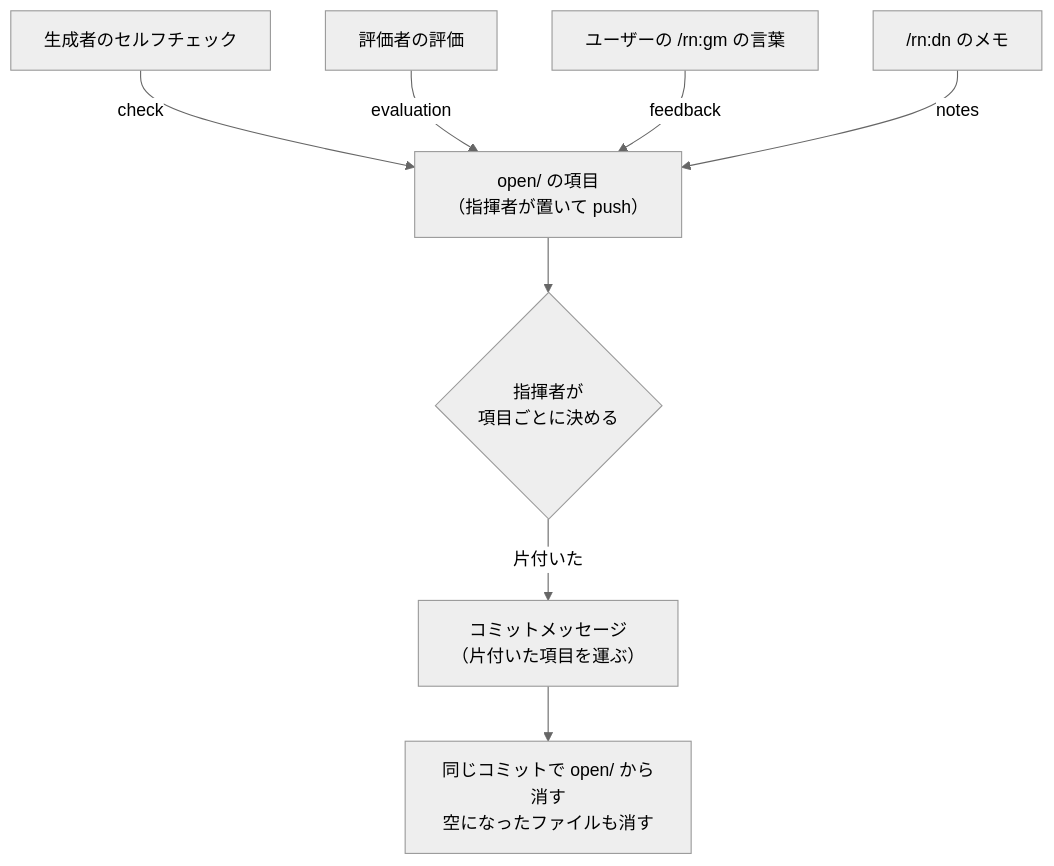
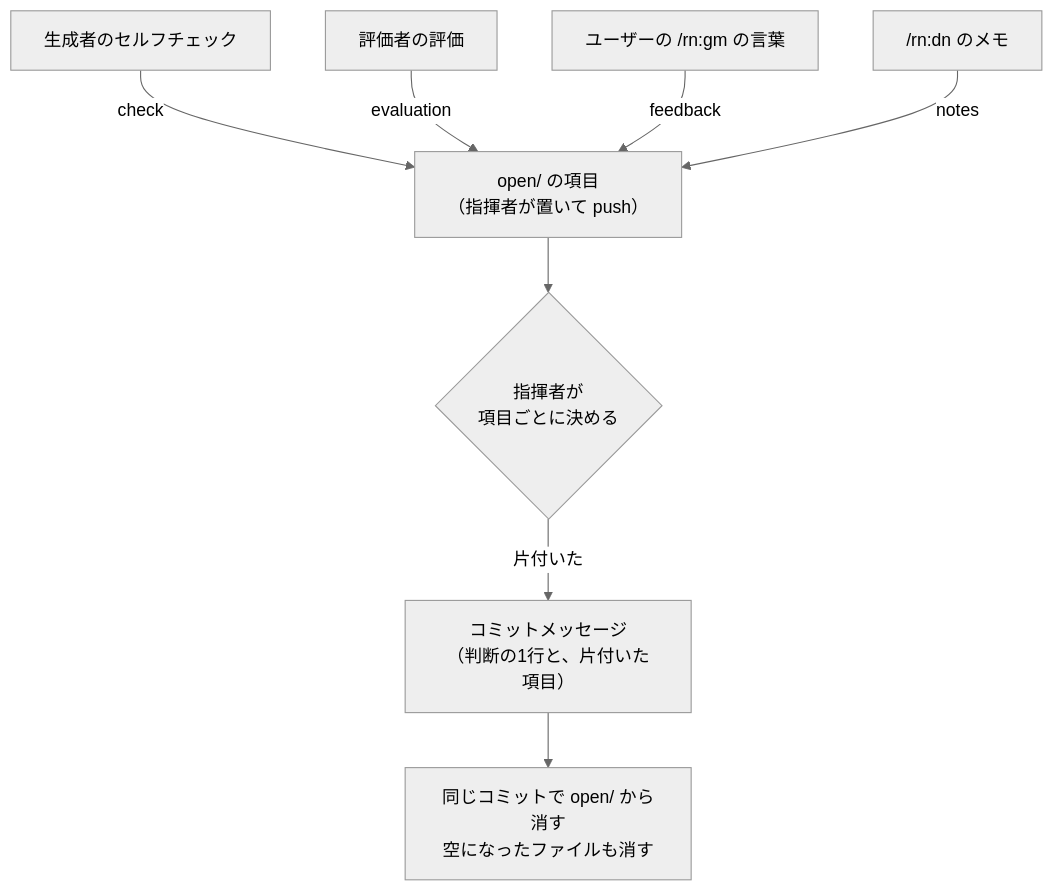
The third of 6 diagrams in rn/docs/design.md (lovaizu/ccpm), drawn with Mermaid (neutral theme) before and after one commit. The commit also changed other lines of this file, not shown here.

Commit message:
docs(rn): design.md (Japanese, for review) — each diagram first, the text after it saying only what the diagram does not

````diff
--- a/rn/docs/design.md
+++ b/rn/docs/design.md
@@ -103,18 +92,18 @@
 ```mermaid
 flowchart TD
     G["生成者のセルフチェック"]
     E["評価者の評価"]
     U["ユーザーの /rn:gm の言葉"]
     N["/rn:dn のメモ"]
     O["open/ の項目<br/>（指揮者が置いて push）"]
     D{"指揮者が<br/>項目ごとに決める"}
-    M["コミットメッセージ<br/>（片付いた項目を運ぶ）"]
+    M["コミットメッセージ<br/>（判断の1行と、片付いた項目）"]
     X["同じコミットで open/ から消す<br/>空になったファイルも消す"]
     G -->|"check"| O
     E -->|"evaluation"| O
     U -->|"feedback"| O
     N -->|"notes"| O
     O --> D
     D -->|"片付いた"| M
     M --> X
 ```
````
